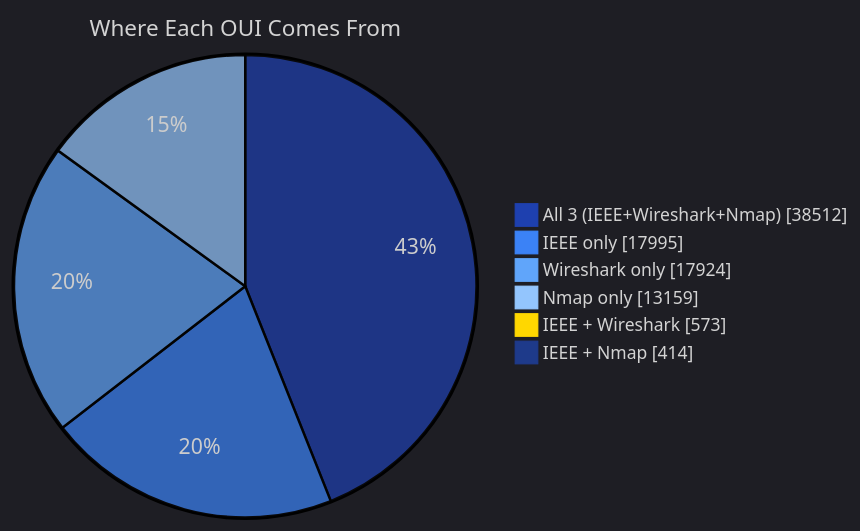
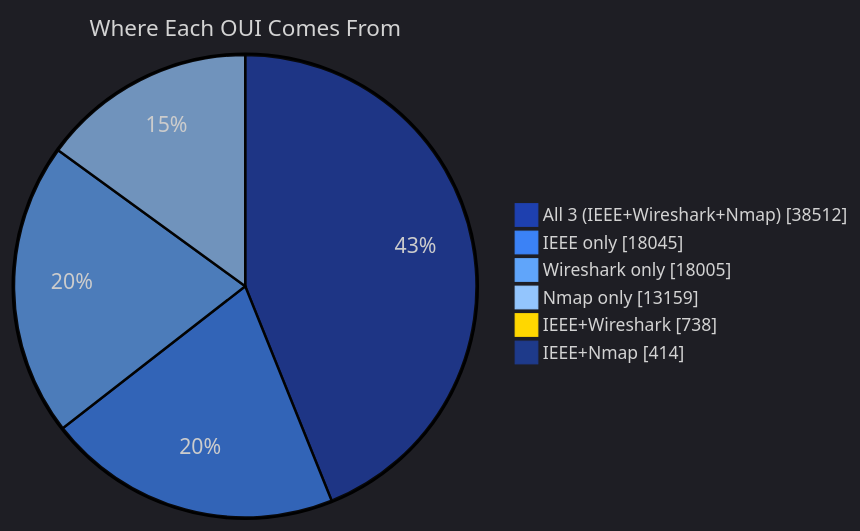
The second of 5 diagrams in README.md (user7321347/OUI-Master-Database), drawn with Mermaid before and after one commit. The commit also changed other lines of this file and 14 other files, not shown here.

````diff
--- a/README.md
+++ b/README.md
@@ -93,11 +93,11 @@
 ```mermaid
 %%{init: {'theme':'dark', 'themeVariables': {'pie1':'#1E40AF','pie2':'#3B82F6','pie3':'#60A5FA','pie4':'#93C5FD','pie5':'#FFD700','pie6':'#1E3A8A','pieTitleTextSize':'18px','pieLegendTextSize':'14px'}}}%%
 pie showData
     title Where Each OUI Comes From
     "All 3 (IEEE+Wireshark+Nmap)" : 38512
-    "IEEE only" : 17995
-    "Wireshark only" : 17924
+    "IEEE only" : 18045
+    "Wireshark only" : 18005
     "Nmap only" : 13159
-    "IEEE + Wireshark" : 573
-    "IEEE + Nmap" : 414
+    "IEEE+Wireshark" : 738
+    "IEEE+Nmap" : 414
 ```
````
